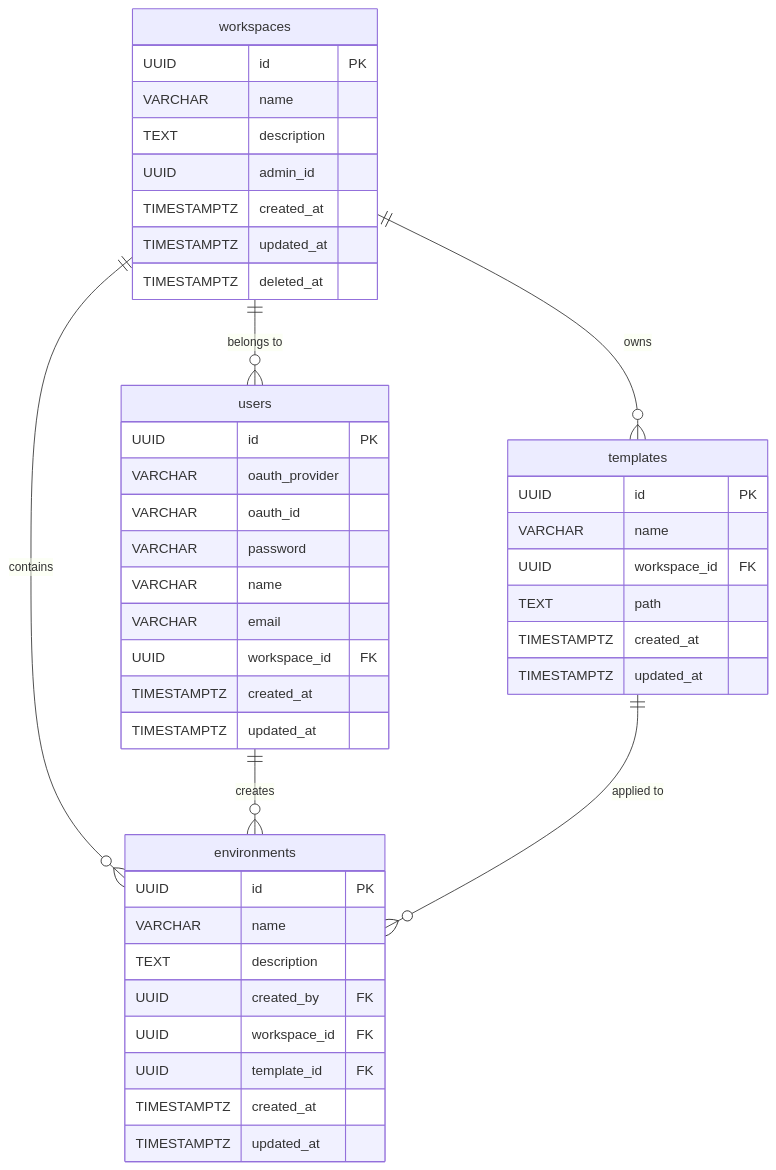
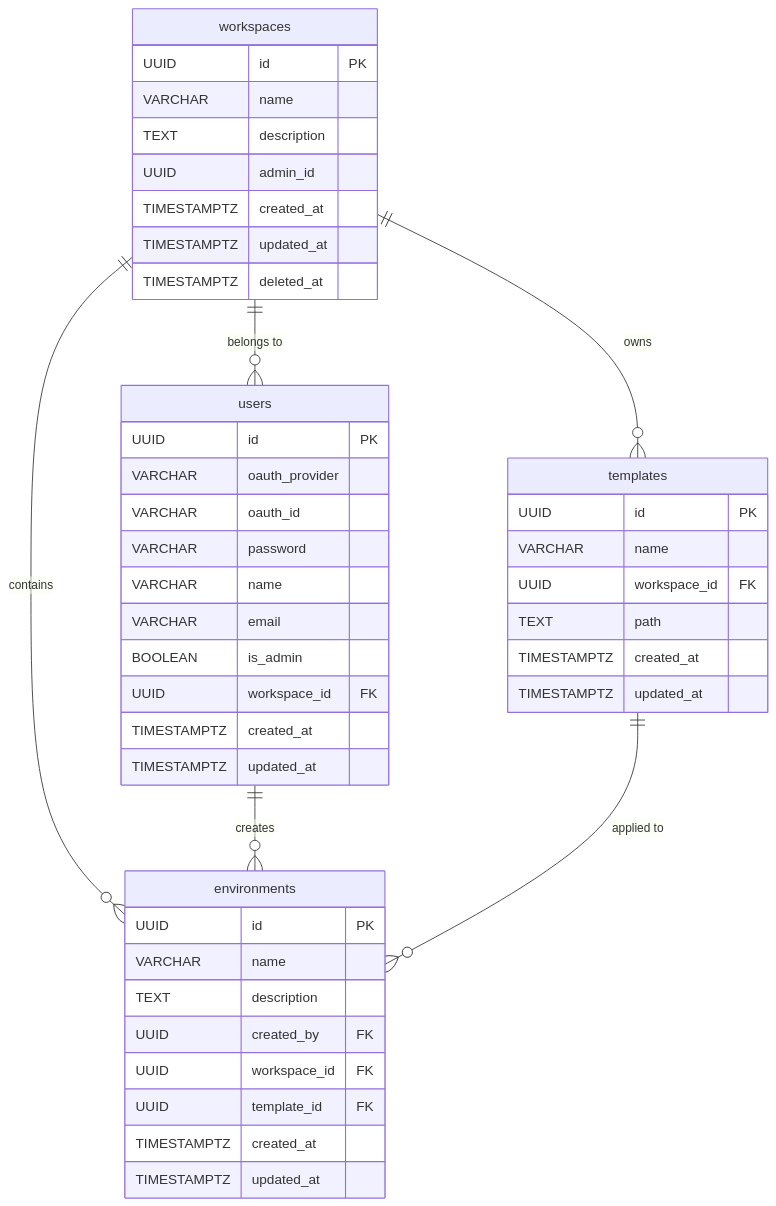
The diagram in backend/internal/infra/migrations/README.md (erel213/dev-share), drawn with Mermaid before and after one commit. The commit also changed 2 other files, not shown here.

Commit message:
Update the user domain to include the new field

````diff
--- a/backend/internal/infra/migrations/README.md
+++ b/backend/internal/infra/migrations/README.md
@@ -3,47 +3,48 @@
 ```mermaid
 erDiagram
     workspaces {
         UUID id PK
         VARCHAR name
         TEXT description
         UUID admin_id
         TIMESTAMPTZ created_at
         TIMESTAMPTZ updated_at
         TIMESTAMPTZ deleted_at
     }
     users {
         UUID id PK
         VARCHAR oauth_provider
         VARCHAR oauth_id
         VARCHAR password
         VARCHAR name
         VARCHAR email
+        BOOLEAN is_admin
         UUID workspace_id FK
         TIMESTAMPTZ created_at
         TIMESTAMPTZ updated_at
     }
     environments {
         UUID id PK
         VARCHAR name
         TEXT description
         UUID created_by FK
         UUID workspace_id FK
         UUID template_id FK
         TIMESTAMPTZ created_at
         TIMESTAMPTZ updated_at
     }
     templates {
         UUID id PK
         VARCHAR name
         UUID workspace_id FK
         TEXT path
         TIMESTAMPTZ created_at
         TIMESTAMPTZ updated_at
     }
 
     workspaces ||--o{ users : "belongs to"
     workspaces ||--o{ environments : "contains"
     workspaces ||--o{ templates : "owns"
     users ||--o{ environments : "creates"
     templates ||--o{ environments : "applied to"
 ```
````
